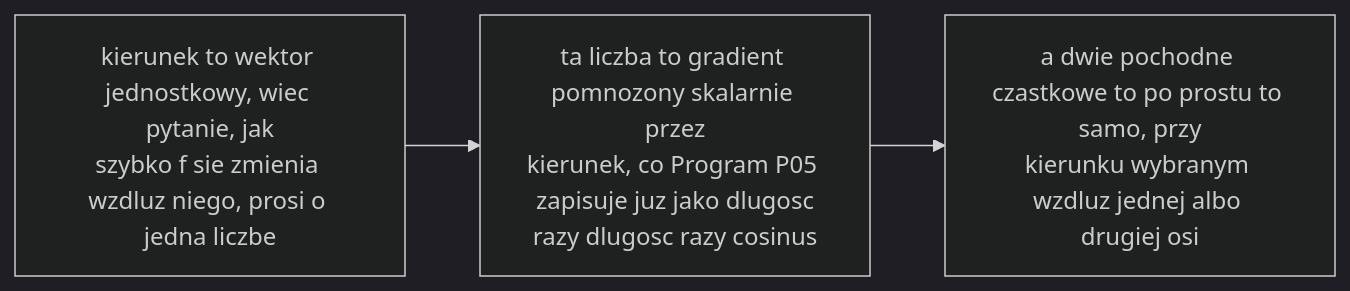
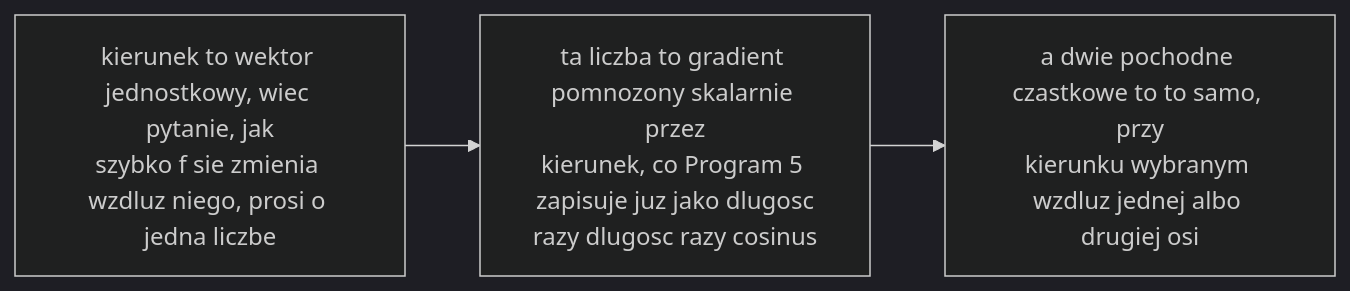
Before and after one commit to konradcinkusz/math-for-ai-engineers: the diagram in figures/mermaid/pl/p15-any-direction.mmd, drawn with Mermaid (dark theme). The commit also changed 26 other files, not shown here.

```diff
--- a/figures/mermaid/pl/p15-any-direction.mmd
+++ b/figures/mermaid/pl/p15-any-direction.mmd
@@ -1,4 +1,4 @@
 flowchart LR
   A["kierunek to wektor jednostkowy, wiec pytanie, jak<br/>szybko f sie zmienia wzdluz niego, prosi o jedna liczbe"]
-  A --> B["ta liczba to gradient pomnozony skalarnie przez<br/>kierunek, co Program P05 zapisuje juz jako dlugosc<br/>razy dlugosc razy cosinus"]
-  B --> C["a dwie pochodne czastkowe to po prostu to samo, przy<br/>kierunku wybranym wzdluz jednej albo drugiej osi"]
+  A --> B["ta liczba to gradient pomnozony skalarnie przez<br/>kierunek, co Program 5 zapisuje juz jako dlugosc<br/>razy dlugosc razy cosinus"]
+  B --> C["a dwie pochodne czastkowe to to samo, przy<br/>kierunku wybranym wzdluz jednej albo drugiej osi"]
```
